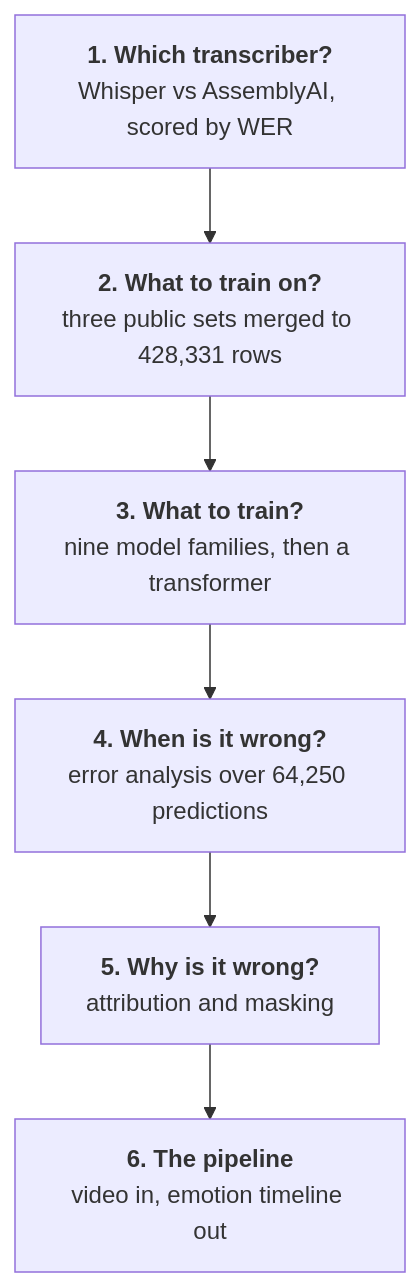
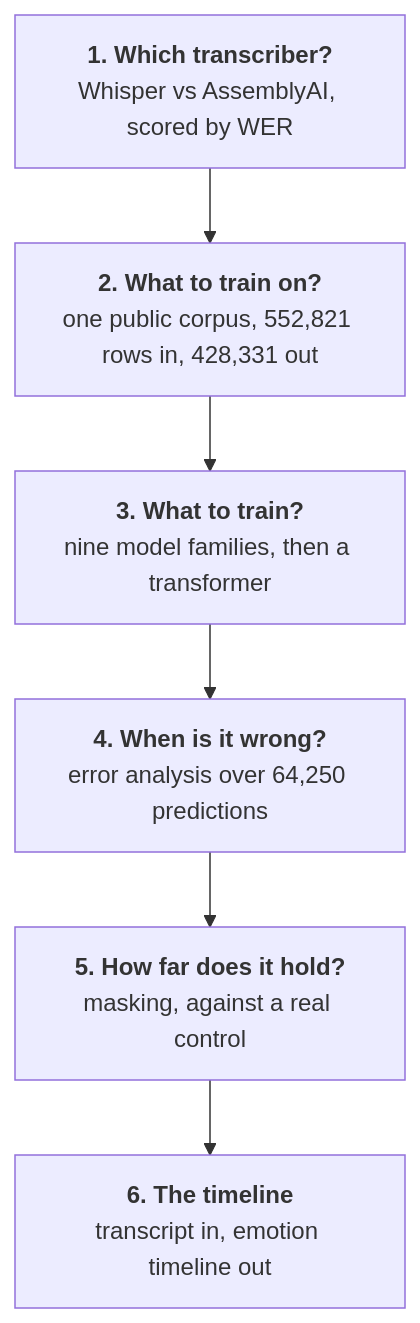
One commit to alex-krasnoshtanov/Emotion-Timeline changed the diagram in README.md. Above: the diagram before and after it, drawn with Mermaid. The commit also changed other lines of this file and 5 other files, not shown here.

````diff
--- a/README.md
+++ b/README.md
@@ -34,11 +33,11 @@
 ```mermaid
 flowchart TD
     stt["<b>1. Which transcriber?</b><br/>Whisper vs AssemblyAI, scored by WER"]
-    data["<b>2. What to train on?</b><br/>three public sets merged to 428,331 rows"]
+    data["<b>2. What to train on?</b><br/>one public corpus, 552,821 rows in, 428,331 out"]
     model["<b>3. What to train?</b><br/>nine model families, then a transformer"]
     err["<b>4. When is it wrong?</b><br/>error analysis over 64,250 predictions"]
-    xai["<b>5. Why is it wrong?</b><br/>attribution and masking"]
-    pipe["<b>6. The pipeline</b><br/>video in, emotion timeline out"]
+    xai["<b>5. How far does it hold?</b><br/>masking, against a real control"]
+    pipe["<b>6. The timeline</b><br/>transcript in, emotion timeline out"]
 
     stt --> data --> model --> err --> xai --> pipe
 ```
````
